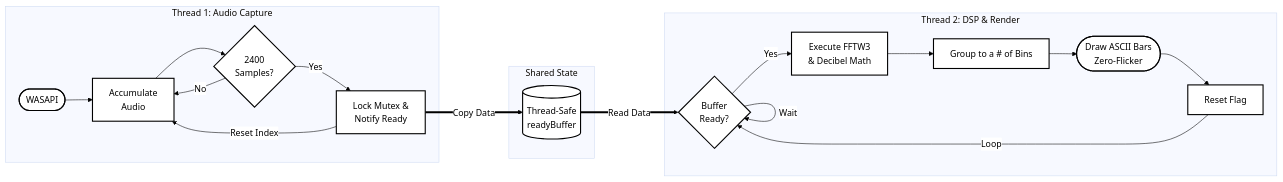
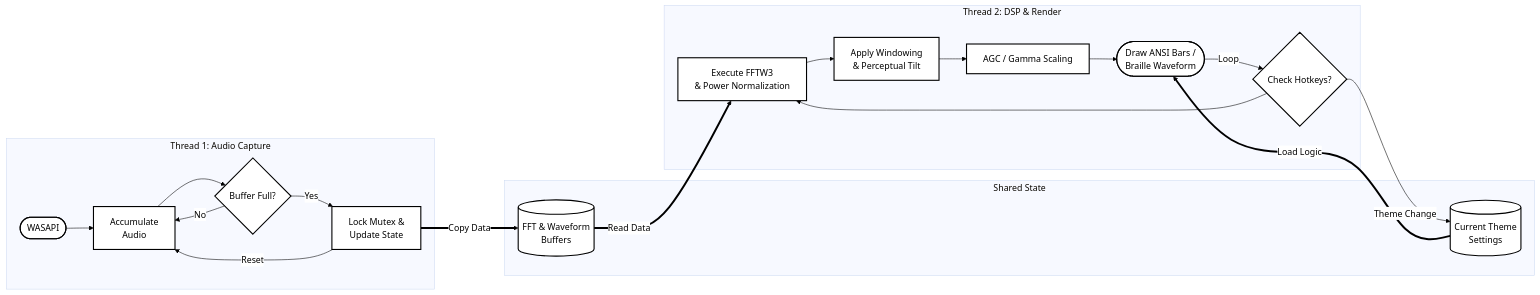
The diagram in README.md (emilylinchan/led-spectrum), drawn with Mermaid before and after one commit. The commit also changed other lines of this file and 1 other file, not shown here.

````diff
--- a/README.md
+++ b/README.md
@@ -29,34 +38,33 @@
 ```mermaid
 %%{init: {'theme': 'base', 'themeVariables': { 'fontFamily': 'Comic Sans MS, Comic Neue, Chalkboard SE, cursive', 'lineColor': '#000000', 'primaryTextColor': '#000000', 'edgeLabelBackground':'#ffffff'}, 'flowchart': {'curve': 'basis'}}}%%
 graph LR
     classDef default fill:#ffffff,stroke:#000000,stroke-width:2px,color:#000000
     
     subgraph T1 [Thread 1: Audio Capture]
         A([WASAPI]) --> B[Accumulate<br/>Audio]
-        B --> C{2400<br/>Samples?}
+        B --> C{Buffer Full?}
         C -->|No| B
-        C -->|Yes| D[Lock Mutex &<br/>Notify Ready]
-        D -->|Reset Index| B
+        C -->|Yes| D[Lock Mutex &<br/>Update State]
+        D -->|Reset| B
     end
 
     subgraph Shared [Shared State]
-        M[(Thread-Safe<br/>readyBuffer)]
+        M[(FFT & Waveform<br/>Buffers)]
+        TH[(Current Theme<br/>Settings)]
     end
 
     subgraph T2 [Thread 2: DSP & Render]
-        E{Buffer<br/>Ready?}
-        
-        %% The true self loop (Mermaid will force this into a square)
-        E -->|Wait| E
-        
-        E -->|Yes| F[Execute FFTW3<br/>& Decibel Math]
-        F --> G[Group to a # of Bins]
-        G --> H([Draw ASCII Bars<br/>Zero-Flicker])
-        H --> I[Reset Flag]
+        E{Check Hotkeys?}
+        E -->|Theme Change| TH
+        E --> F[Execute FFTW3<br/>& Power Normalization]
+        F --> G[Apply Windowing<br/>& Perceptual Tilt]
+        G --> H[AGC / Gamma Scaling]
+        H --> I([Draw ANSI Bars /<br/>Braille Waveform])
         I -->|Loop| E
     end
 
     %% Data flow across threads
     D == Copy Data ==> M
-    M == Read Data ==> E
+    M == Read Data ==> F
+    TH == Load Logic ==> I
 ```
````
